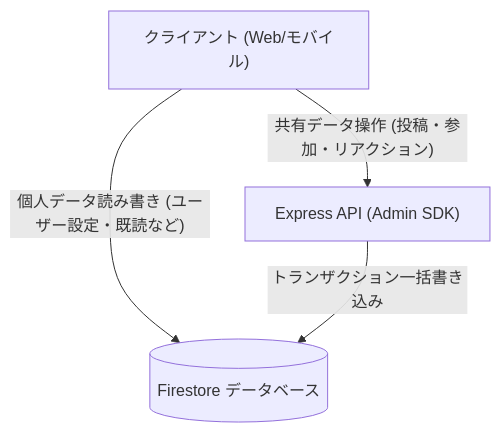
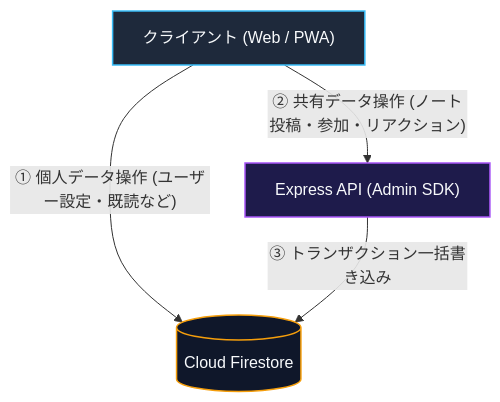
Before and after one commit to ScriptureHabit/scripture-habit: the diagram in docs/ja/firebase-security-rules.md, drawn with Mermaid. The commit also changed other lines of this file and 57 other files, not shown here.

Commit message:
docs: refine documentation prose and add structured diagram breakdowns across JA and EN

````diff
--- a/docs/ja/firebase-security-rules.md
+++ b/docs/ja/firebase-security-rules.md
@@ -58,10 +58,14 @@
 ```mermaid
 flowchart TD
-    Client["クライアント (Web/モバイル)"]
-    API["Express API (Admin SDK)"]
-    DB[("Firestore データベース")]
+    classDef client fill:#1e293b,stroke:#38bdf8,stroke-width:1.5px,color:#f8fafc;
+    classDef server fill:#1e1b4b,stroke:#a855f7,stroke-width:1.5px,color:#f8fafc;
+    classDef db fill:#0f172a,stroke:#f59e0b,stroke-width:1.5px,color:#f8fafc;
 
-    Client -- "個人データ読み書き (ユーザー設定・既読など)" --> DB
-    Client -- "共有データ操作 (投稿・参加・リアクション)" --> API
-    API -- "トランザクション一括書き込み" --> DB
+    Client["クライアント (Web / PWA)"]:::client
+    API["Express API (Admin SDK)"]:::server
+    DB[("Cloud Firestore")]:::db
+
+    Client -- "① 個人データ操作 (ユーザー設定・既読など)" --> DB
+    Client -- "② 共有データ操作 (ノート投稿・参加・リアクション)" --> API
+    API -- "③ トランザクション一括書き込み" --> DB
 ```
````
